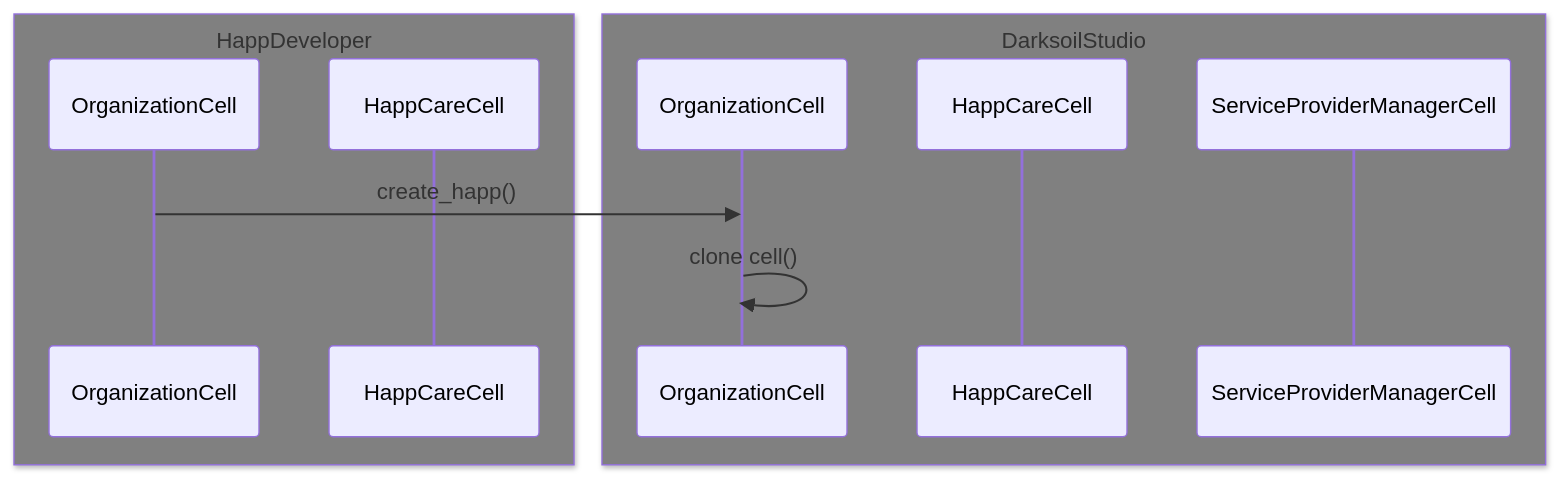
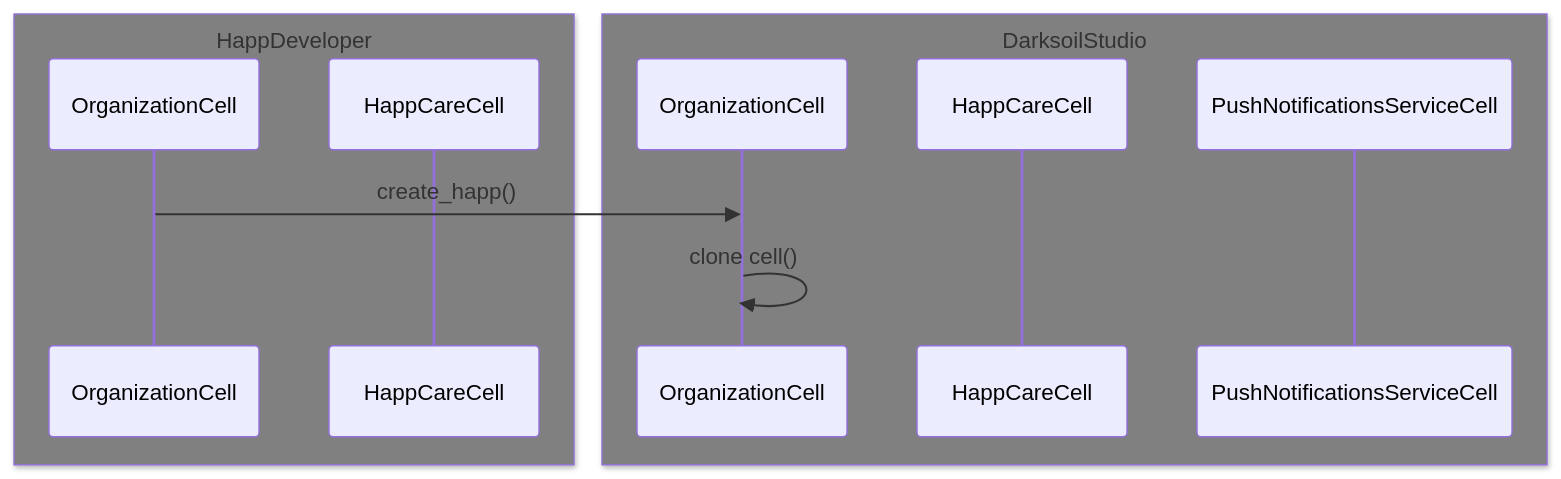
Before and after one commit to darksoil-studio/push-notifications-service: the second of 5 diagrams in docs/push-notification-flow.md, drawn with Mermaid. The commit also changed other lines of this file and 6 other files, not shown here.

````diff
--- a/docs/push-notification-flow.md
+++ b/docs/push-notification-flow.md
@@ -4,19 +28,18 @@
 ```mermaid
 sequenceDiagram
 
 box grey HappDeveloper
     participant HDOC as OrganizationCell
     participant HDHC as HappCareCell
 end
 
 box grey DarksoilStudio
     participant DSOC as OrganizationCell
     participant DSHC as HappCareCell
-    participant DSSPMC as ServiceProviderManagerCell
+    participant DSSPNS as PushNotificationsServiceCell
 end
 
 HDOC->>DSOC: create_happ()
 DSOC->>DSOC: clone cell()
 
-
 ```
````
